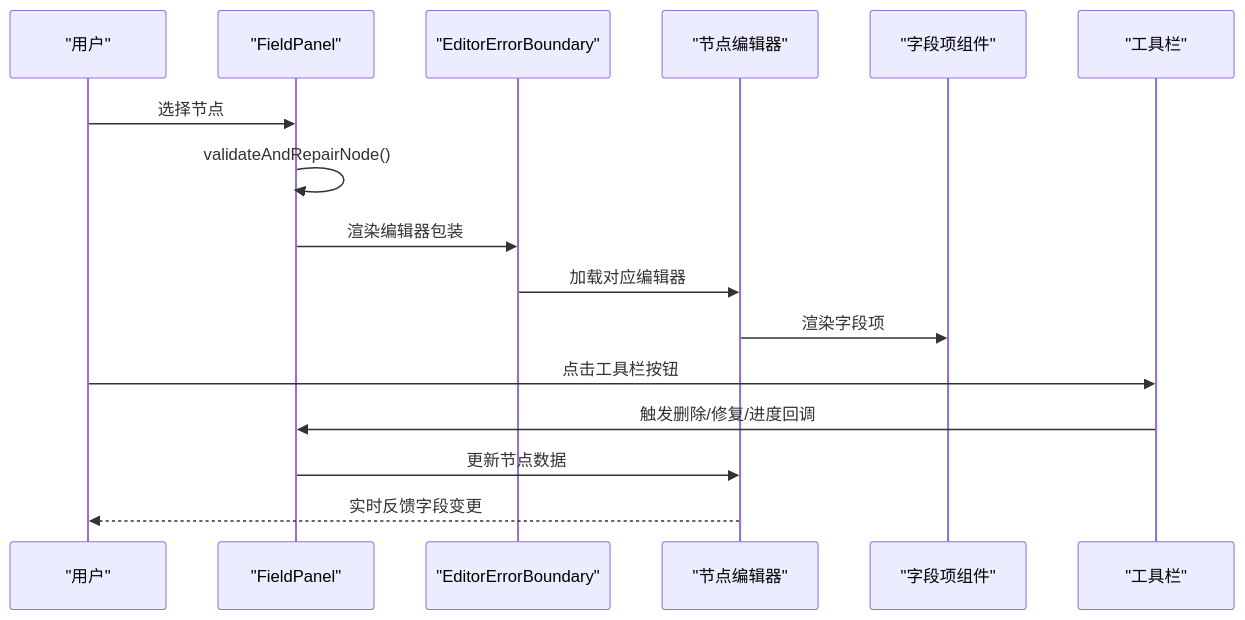
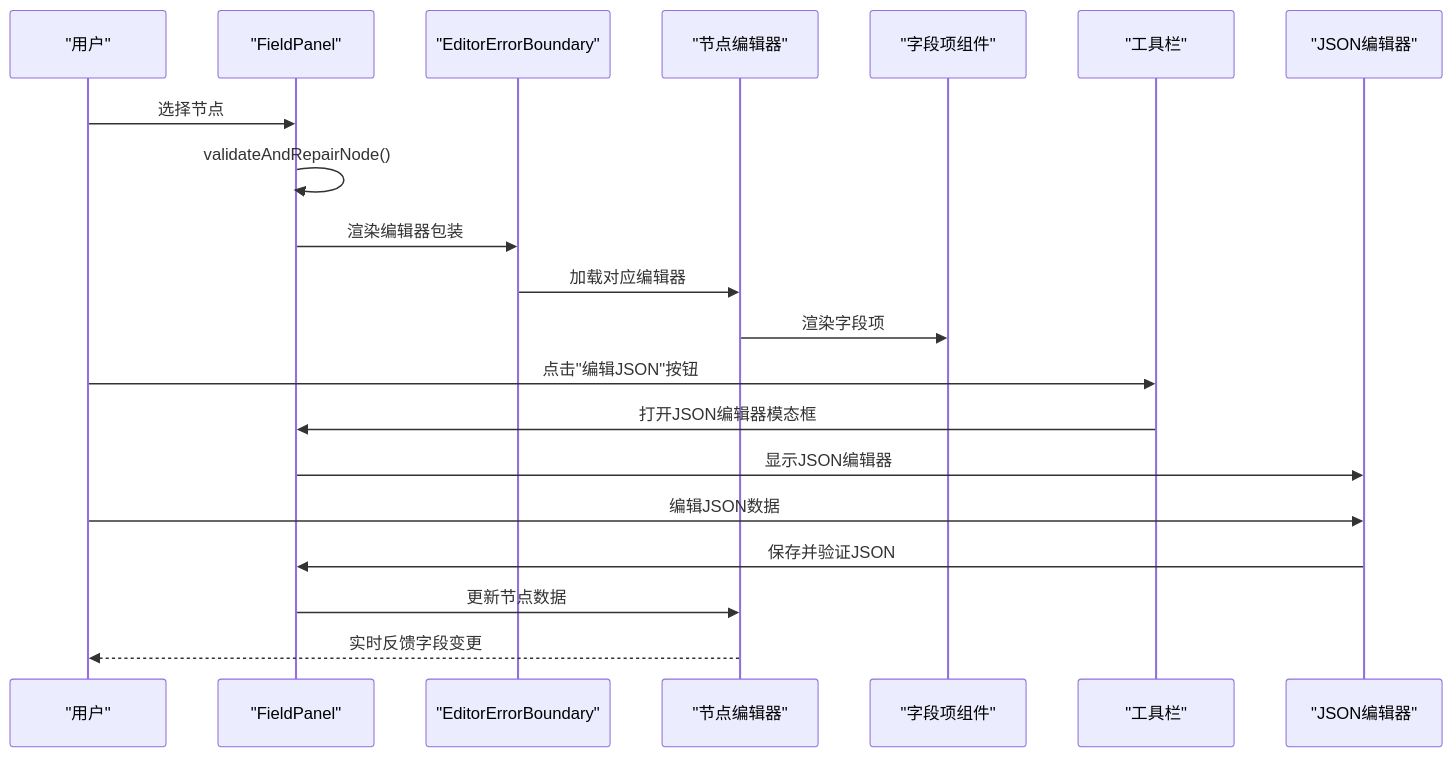
One commit to kqcoxn/MaaPipelineEditor changed the second of 8 diagrams in .qoder/repowiki/zh/content/用户界面/面板系统/字段面板.md. Above: the diagram before and after it, drawn with Mermaid. The commit also changed other lines of this file and 16 other files, not shown here.

````diff
--- a/.qoder/repowiki/zh/content/用户界面/面板系统/字段面板.md
+++ b/.qoder/repowiki/zh/content/用户界面/面板系统/字段面板.md
@@ -111,18 +127,22 @@
 ```mermaid
 sequenceDiagram
 participant U as "用户"
 participant FP as "FieldPanel"
 participant ED as "EditorErrorBoundary"
 participant E as "节点编辑器"
 participant F as "字段项组件"
 participant T as "工具栏"
+participant J as "JSON编辑器"
 U->>FP : 选择节点
 FP->>FP : validateAndRepairNode()
 FP->>ED : 渲染编辑器包装
 ED->>E : 加载对应编辑器
 E->>F : 渲染字段项
-U->>T : 点击工具栏按钮
-T->>FP : 触发删除/修复/进度回调
+U->>T : 点击"编辑JSON"按钮
+T->>FP : 打开JSON编辑器模态框
+FP->>J : 显示JSON编辑器
+U->>J : 编辑JSON数据
+J->>FP : 保存并验证JSON
 FP->>E : 更新节点数据
 E-->>U : 实时反馈字段变更
 ```
````
